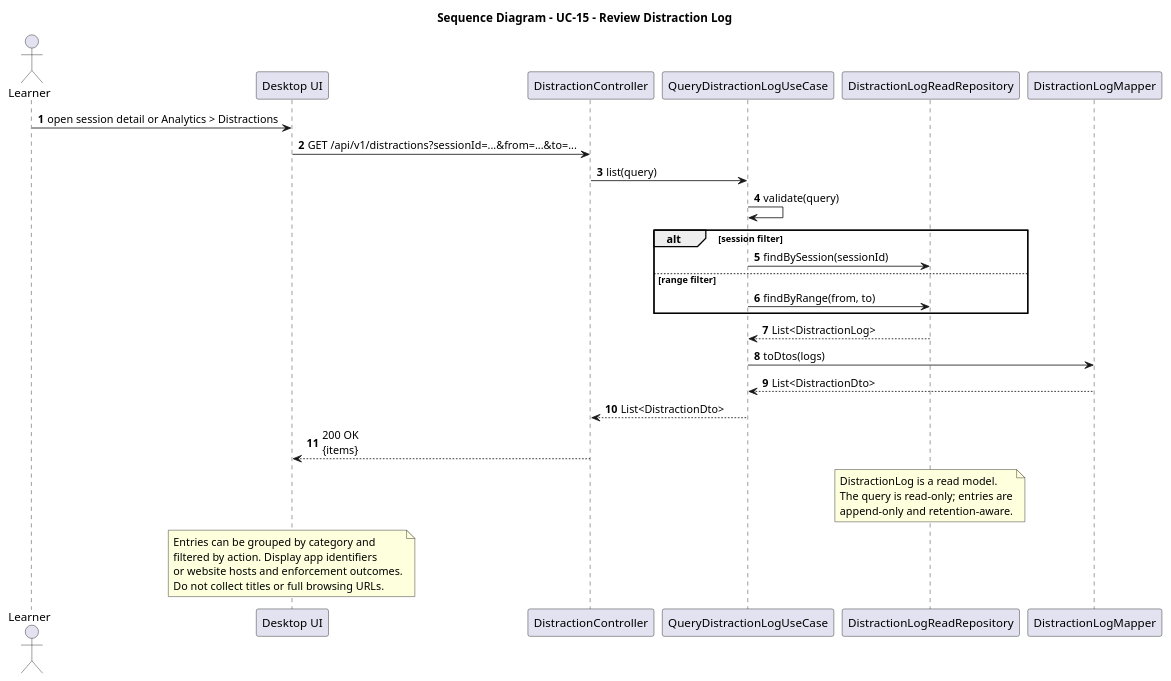
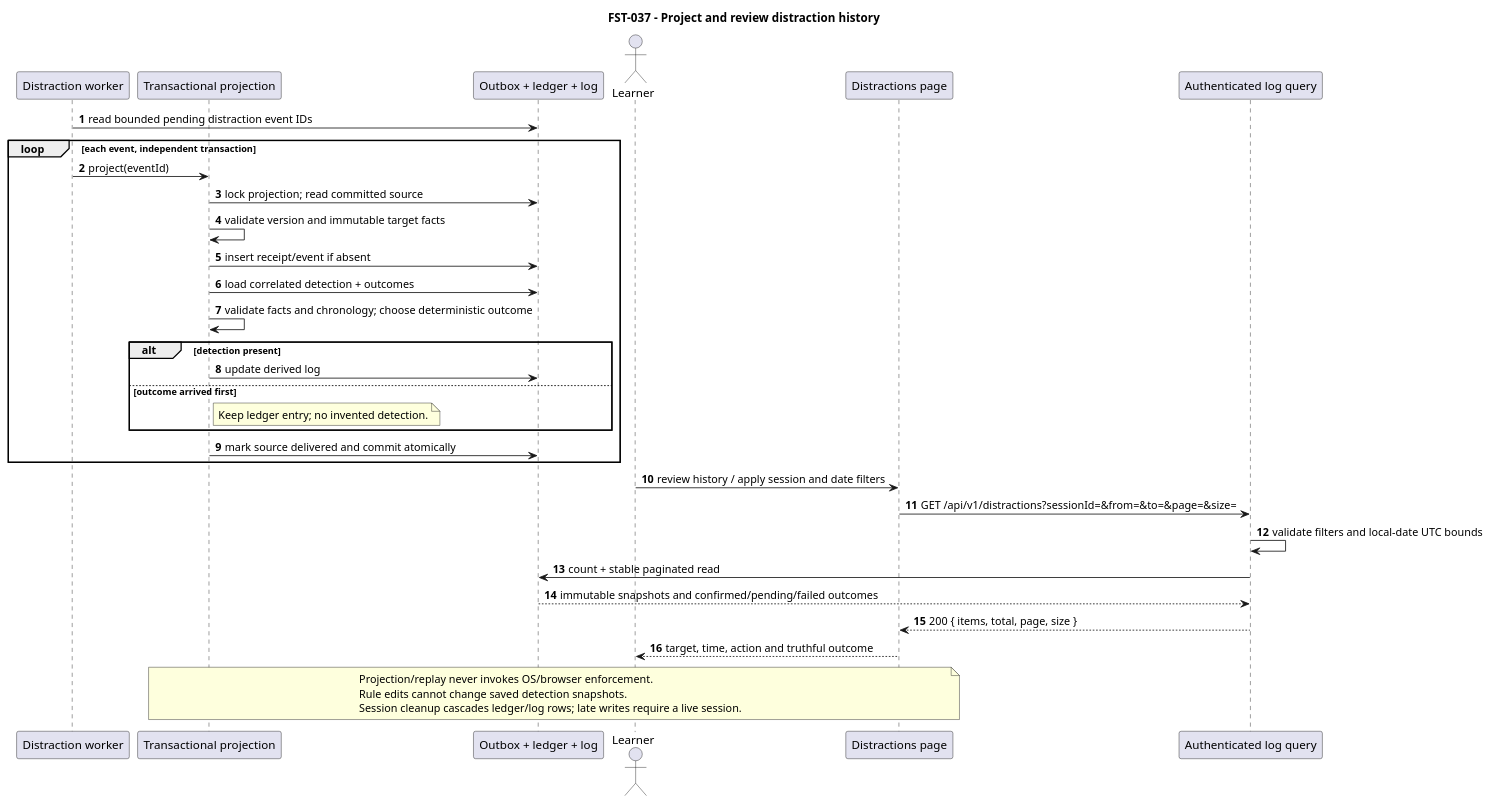
Before and after one commit to MiguelRibeiro1210/Focus-and-Study-Tracking: the diagram in docs/SD/SD_ReviewDistractionLog.puml, drawn with PlantUML. The commit also changed 2 other files, not shown here.

Commit message:
docs(blocking): define durable distraction log projection and review
Define FST-037 consumption of the committed application and website distraction
snapshots, using an append-only event ledger as the idempotency receipt and a
materialized detection view. Handle outcome-first delivery without inventing a
detection, validate immutable correlation facts and chronology, and select valid
outcomes deterministically without invoking native enforcement during replay.

Specify authenticated session/date queries with stable pagination, truthful
pending/blocked/failed labels, a history section on the Distractions page and
JSON/CSV export. Coordinate projection, session deletion and in-flight event
writes so deleted history cannot be recreated by late observations.

Record meaningful transaction, delivery, privacy, cleanup and frontend checks.
Update and render the review sequence diagram. FST-050 native/browser gaps remain
open and are not hidden by completing the log projection.

```diff
--- a/docs/SD/SD_ReviewDistractionLog.puml
+++ b/docs/SD/SD_ReviewDistractionLog.puml
@@ -1,41 +1,37 @@
 @startuml
-title Sequence Diagram - UC-15 - Review Distraction Log
-
+title FST-037 - Project and review distraction history
 autonumber
+participant "Distraction worker" as Worker
+participant "Transactional projection" as Project
+participant "Outbox + ledger + log" as DB
 actor Learner
-participant "Desktop UI" as UI
-participant "DistractionController" as Controller
-participant "QueryDistractionLogUseCase" as UseCase
-participant "DistractionLogReadRepository" as Repo
-participant "DistractionLogMapper" as Mapper
-
-Learner -> UI : open session detail or Analytics > Distractions
-UI -> Controller : GET /api/v1/distractions?sessionId=...&from=...&to=...
-Controller -> UseCase : list(query)
-UseCase -> UseCase : validate(query)
-
-alt session filter
-  UseCase -> Repo : findBySession(sessionId)
-else range filter
-  UseCase -> Repo : findByRange(from, to)
+participant "Distractions page" as UI
+participant "Authenticated log query" as Query
+Worker -> DB : read bounded pending distraction event IDs
+loop each event, independent transaction
+  Worker -> Project : project(eventId)
+  Project -> DB : lock projection; read committed source
+  Project -> Project : validate version and immutable target facts
+  Project -> DB : insert receipt/event if absent
+  Project -> DB : load correlated detection + outcomes
+  Project -> Project : validate facts and chronology; choose deterministic outcome
+  alt detection present
+    Project -> DB : update derived log
+  else outcome arrived first
+    note right of Project : Keep ledger entry; no invented detection.
+  end
+  Project -> DB : mark source delivered and commit atomically
 end
-Repo --> UseCase : List<DistractionLog>
-UseCase -> Mapper : toDtos(logs)
-Mapper --> UseCase : List<DistractionDto>
-UseCase --> Controller : List<DistractionDto>
-Controller --> UI : 200 OK\n{items}
-
-note over Repo
-  DistractionLog is a read model.
-  The query is read-only; entries are
-  append-only and retention-aware.
+Learner -> UI : review history / apply session and date filters
+UI -> Query : GET /api/v1/distractions?sessionId=&from=&to=&page=&size=
+Query -> Query : validate filters and local-date UTC bounds
+Query -> DB : count + stable paginated read
+DB --> Query : immutable snapshots and confirmed/pending/failed outcomes
+Query --> UI : 200 { items, total, page, size }
+UI --> Learner : target, time, action and truthful outcome
+note over Project, UI
+  Projection/replay never invokes OS/browser enforcement.
+  Rule edits cannot change saved detection snapshots.
+  Session cleanup cascades ledger/log rows; late writes require a live session.
 end note
-
-note over UI
-  Entries can be grouped by category and
-  filtered by action. Display app identifiers
-  or website hosts and enforcement outcomes.
-  Do not collect titles or full browsing URLs.
-end note
-
 @enduml
```
